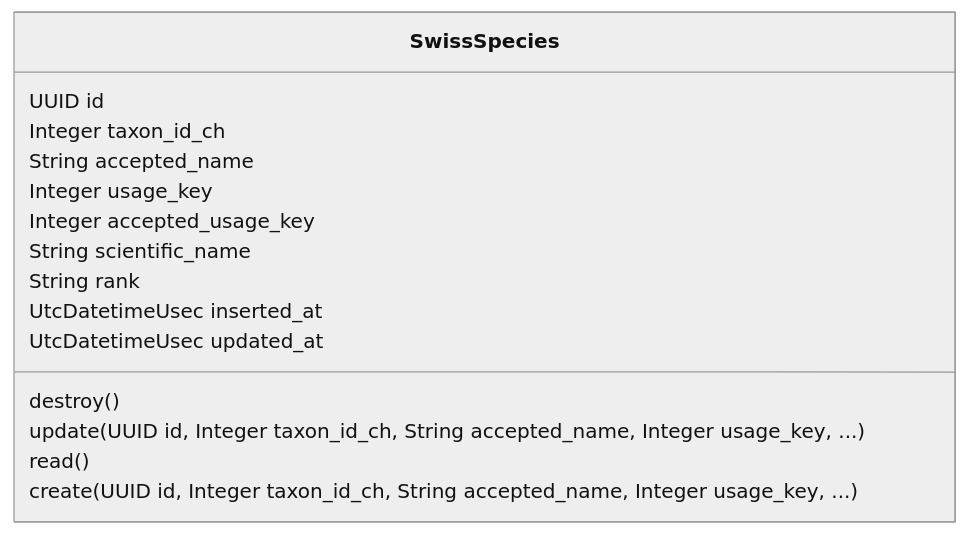
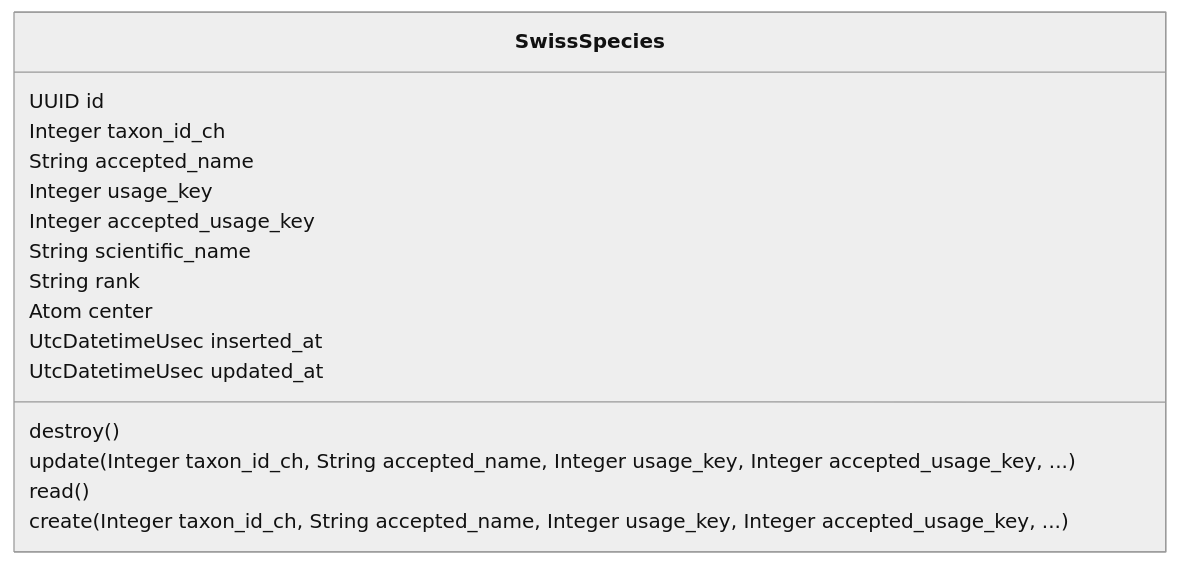
One commit to zebbra/data_aggregator changed the diagram in lib/data_aggregator/taxonomy/taxonomy-mermaid-class-diagram.md. Above: the diagram before and after it, drawn with Mermaid (neutral theme). The commit also changed 387 other files, not shown here.

````diff
--- a/lib/data_aggregator/taxonomy/taxonomy-mermaid-class-diagram.md
+++ b/lib/data_aggregator/taxonomy/taxonomy-mermaid-class-diagram.md
@@ -1,21 +1,22 @@
 ```mermaid
 classDiagram
     class SwissSpecies {
         UUID id
         Integer taxon_id_ch
         String accepted_name
         Integer usage_key
         Integer accepted_usage_key
         String scientific_name
         String rank
+        Atom center
         UtcDatetimeUsec inserted_at
         UtcDatetimeUsec updated_at
         destroy()
-        update(UUID id, Integer taxon_id_ch, String accepted_name, Integer usage_key, ...)
+        update(Integer taxon_id_ch, String accepted_name, Integer usage_key, Integer accepted_usage_key, ...)
         read()
-        create(UUID id, Integer taxon_id_ch, String accepted_name, Integer usage_key, ...)
+        create(Integer taxon_id_ch, String accepted_name, Integer usage_key, Integer accepted_usage_key, ...)
     }
 
 
 
 ```
````
